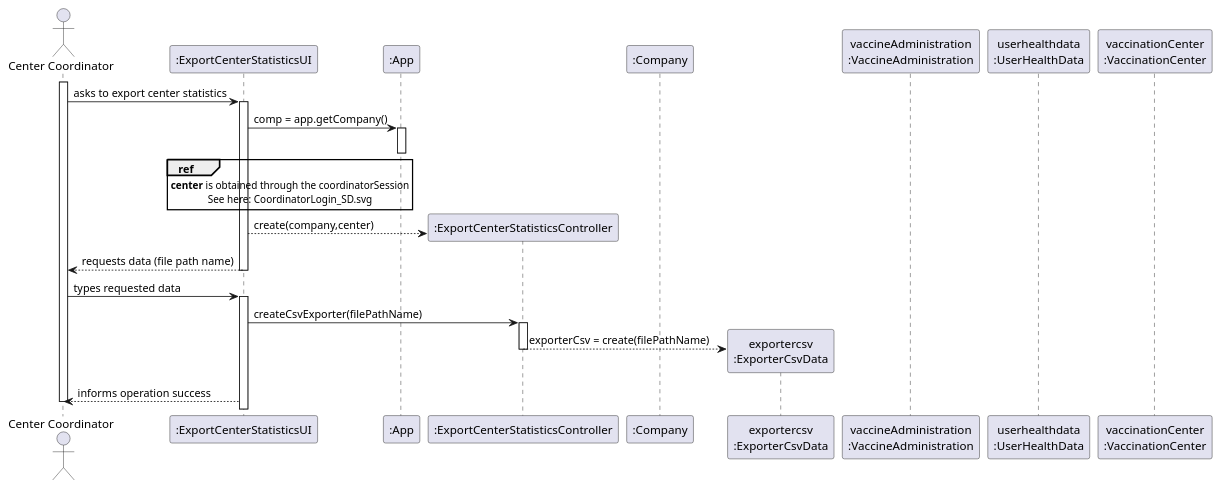
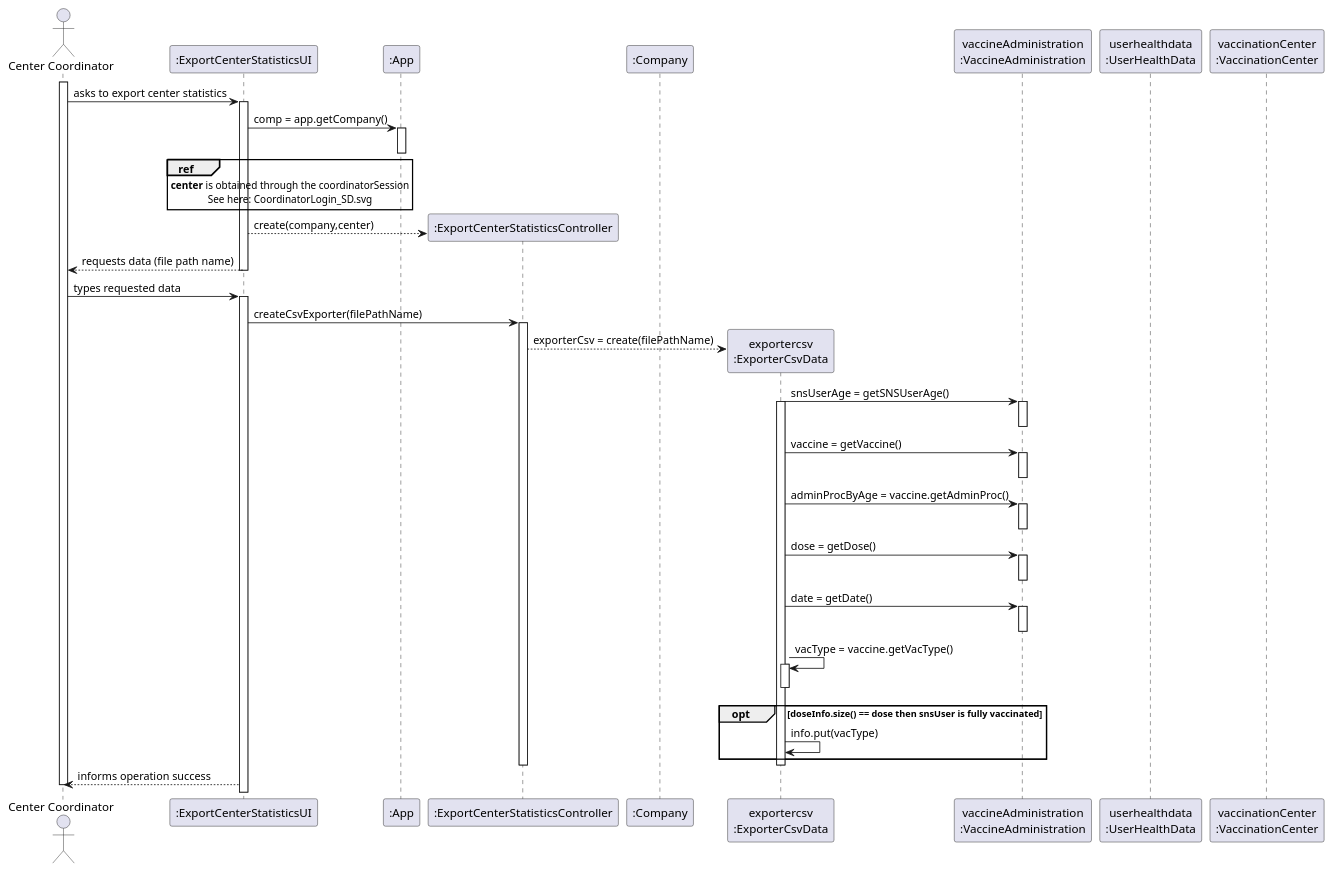
One commit to miseEnPlace-i/lapr2 changed the diagram in docs/SprintD/US15/SD/US15_SD.puml. Above: the diagram before and after it, drawn with PlantUML. The commit also changed 1 other file, not shown here.

```diff
--- a/docs/SprintD/US15/SD/US15_SD.puml
+++ b/docs/SprintD/US15/SD/US15_SD.puml
@@ -1,45 +1,77 @@
 @startuml US15_SD
 
 actor "Center Coordinator" as COORDINATOR
 
 participant ":ExportCenterStatisticsUI" as UI
 participant ":App" as APP
 participant ":ExportCenterStatisticsController" as CTRL
 participant ":Company" as COMP
 participant "exportercsv\n:ExporterCsvData" as EXPORTER
 participant "vaccineAdministration\n:VaccineAdministration" as VACADMIN
 participant "userhealthdata\n:UserHealthData" as USERDATA
 participant "vaccinationCenter\n:VaccinationCenter" as CENTER
 
 
 activate COORDINATOR
 COORDINATOR -> UI : asks to export center statistics
 activate UI
 
 UI -> APP : comp = app.getCompany()
 activate APP
 deactivate APP
 
 ref over UI 
 **center** is obtained through the coordinatorSession
 See here: CoordinatorLogin_SD.svg
 end ref
 UI --> CTRL** : create(company,center)
 
 UI --> COORDINATOR : requests data (file path name)
 deactivate UI
 
 COORDINATOR -> UI : types requested data
 activate UI
 
 UI -> CTRL : createCsvExporter(filePathName)
 activate CTRL
 
 CTRL --> EXPORTER** : exporterCsv = create(filePathName)
+
+EXPORTER -> VACADMIN :  snsUserAge = getSNSUserAge()
+activate EXPORTER
+activate VACADMIN
+deactivate VACADMIN
+
+EXPORTER -> VACADMIN : vaccine = getVaccine()
+activate VACADMIN
+deactivate VACADMIN
+
+EXPORTER -> VACADMIN : adminProcByAge = vaccine.getAdminProc()
+activate VACADMIN
+deactivate VACADMIN
+
+EXPORTER -> VACADMIN : dose = getDose()
+activate VACADMIN
+deactivate VACADMIN
+
+EXPORTER -> VACADMIN : date = getDate()
+activate VACADMIN
+deactivate VACADMIN
+
+EXPORTER -> EXPORTER : vacType = vaccine.getVacType()
+activate EXPORTER
+deactivate EXPORTER
+ 
+opt  doseInfo.size() == dose then snsUser is fully vaccinated 
+EXPORTER -> EXPORTER : info.put(vacType)
+end
+
+deactivate EXPORTER
 deactivate CTRL
+
 
 UI --> COORDINATOR : informs operation success
 
 deactivate COORDINATOR 
 
 @enduml
```
